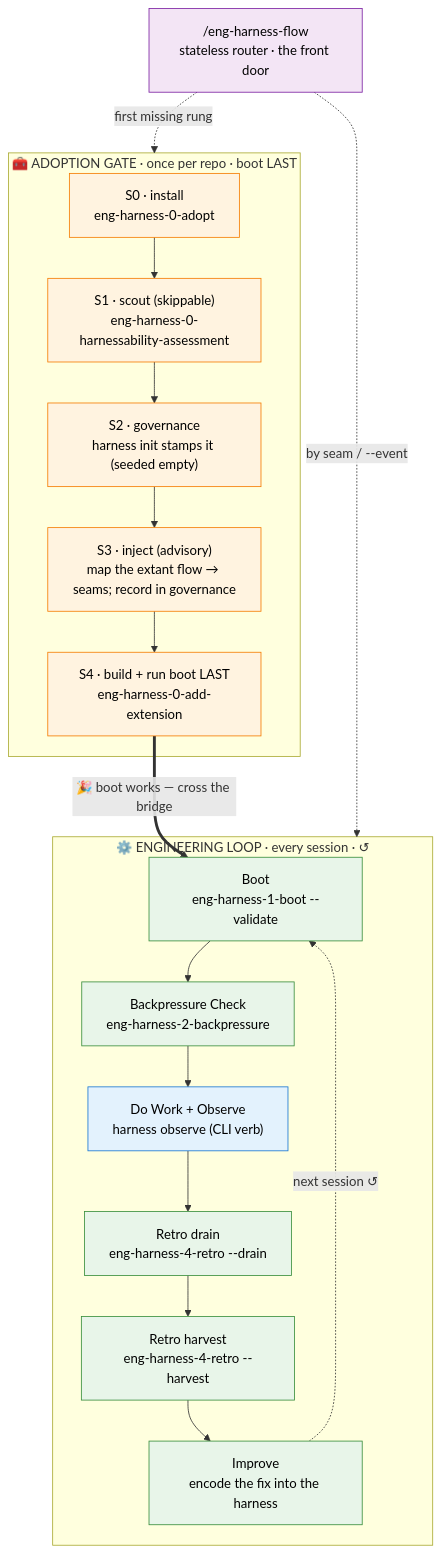
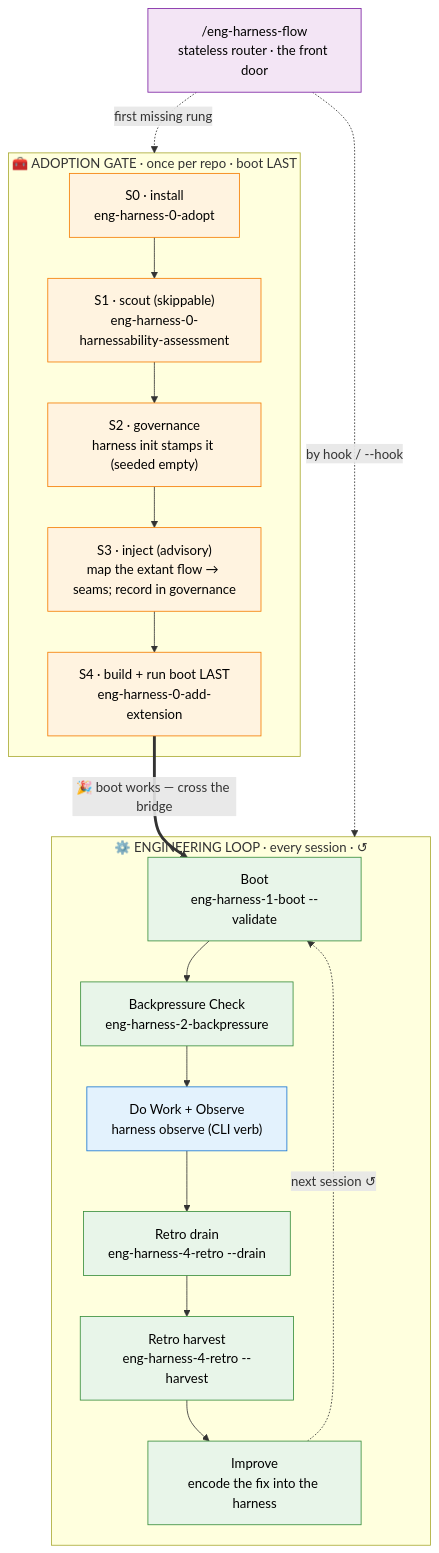
One commit to AI-Substrate/harness-engineering changed the first of 3 diagrams in skills/eng-harness-loop/eng-harness-flow/references/getting-started.md. Above: the diagram before and after it, drawn with Mermaid. The commit also changed other lines of this file and 3 other files, not shown here.

````diff
--- a/skills/eng-harness-loop/eng-harness-flow/references/getting-started.md
+++ b/skills/eng-harness-loop/eng-harness-flow/references/getting-started.md
@@ -18,33 +18,33 @@
 ```mermaid
 flowchart TB
     classDef setup fill:#fff3e0,stroke:#f57c00,color:#000
     classDef loop fill:#e8f5e9,stroke:#388e3c,color:#000
     classDef router fill:#f3e5f5,stroke:#7b1fa2,color:#000
     classDef verb fill:#e3f2fd,stroke:#1976d2,color:#000
 
     R["/eng-harness-flow<br/>stateless router · the front door"]:::router
 
     subgraph setupzone["🧰 ADOPTION GATE · once per repo · boot LAST"]
         S0["S0 · install<br/>eng-harness-0-adopt"]:::setup
         S1["S1 · scout (skippable)<br/>eng-harness-0-harnessability-assessment"]:::setup
         S2["S2 · governance<br/>harness init stamps it (seeded empty)"]:::setup
         S3["S3 · inject (advisory)<br/>map the extant flow → seams; record in governance"]:::setup
         S4["S4 · build + run boot LAST<br/>eng-harness-0-add-extension"]:::setup
     end
 
     subgraph loopzone["⚙️ ENGINEERING LOOP · every session · ↺"]
         B["Boot<br/>eng-harness-1-boot --validate"]:::loop
         BP["Backpressure Check<br/>eng-harness-2-backpressure"]:::loop
         O["Do Work + Observe<br/>harness observe (CLI verb)"]:::verb
         RD["Retro drain<br/>eng-harness-4-retro --drain"]:::loop
         RH["Retro harvest<br/>eng-harness-4-retro --harvest"]:::loop
         I["Improve<br/>encode the fix into the harness"]:::loop
     end
 
     R -.->|first missing rung| setupzone
-    R -.->|by seam / --event| loopzone
+    R -.->|by hook / --hook| loopzone
     S0 --> S1 --> S2 --> S3 --> S4
     S4 ==>|"🎉 boot works — cross the bridge"| B
     B --> BP --> O --> RD --> RH --> I
     I -.->|next session ↺| B
 ```
````
